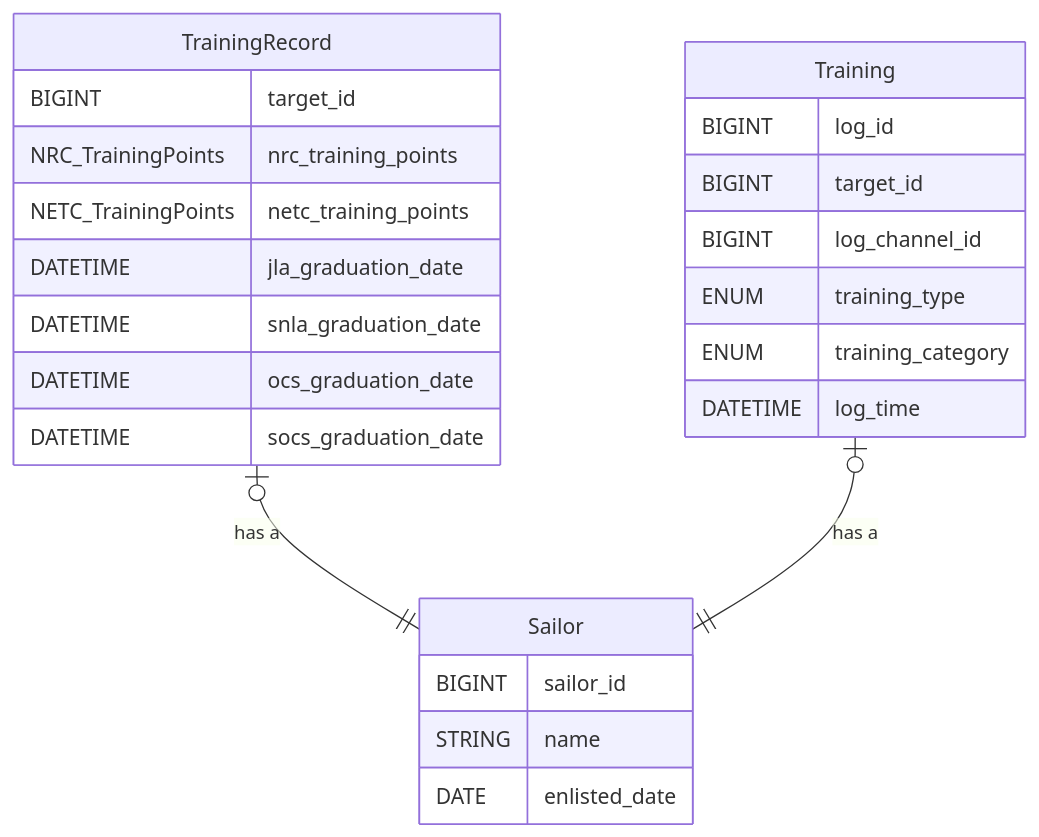
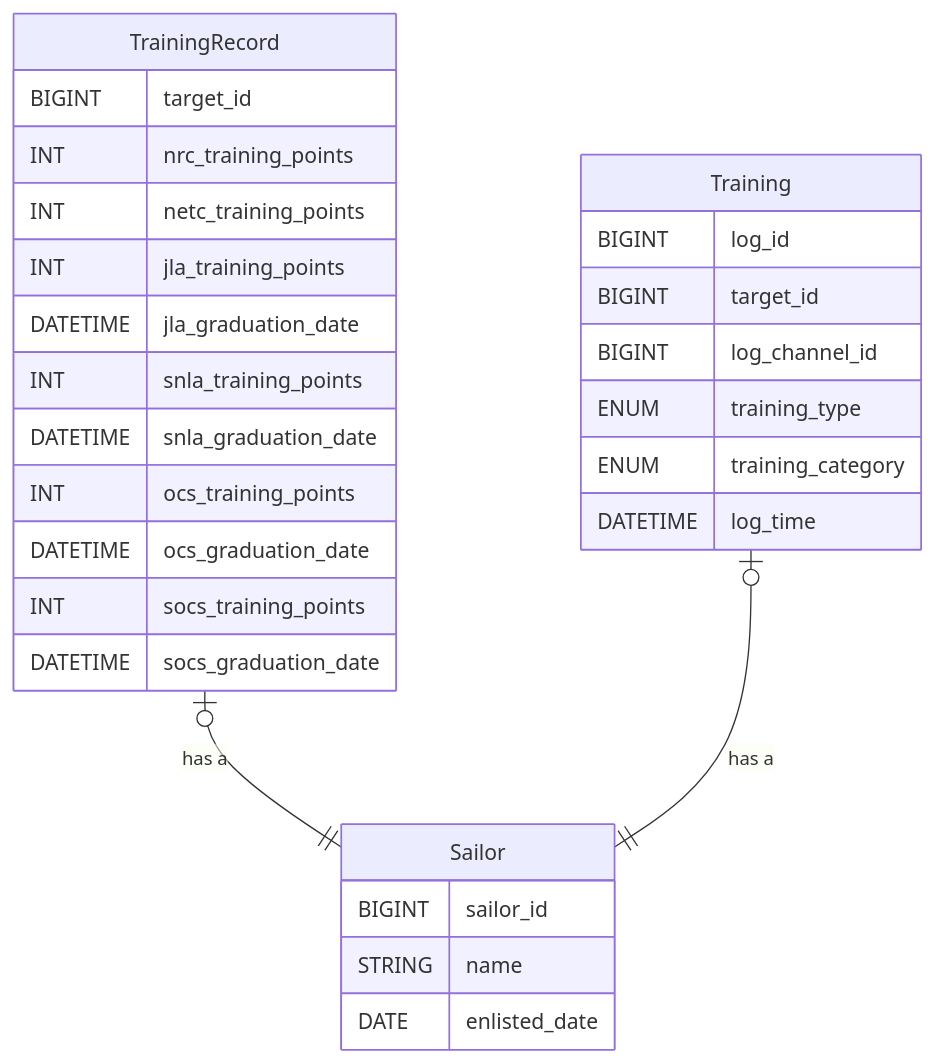
Before and after one commit to USNofSOT/Paul: the first of 3 diagrams in docs/training.md, drawn with Mermaid. The commit also changed other lines of this file and 2 other files, not shown here.

````diff
--- a/docs/training.md
+++ b/docs/training.md
@@ -61,30 +69,34 @@
 ```mermaid
 erDiagram
     TrainingRecord {
         BIGINT target_id
-        NRC_TrainingPoints nrc_training_points
-        NETC_TrainingPoints netc_training_points
+        INT nrc_training_points
+        INT netc_training_points
+        INT jla_training_points
         DATETIME jla_graduation_date
+        INT snla_training_points
         DATETIME snla_graduation_date
+        INT ocs_training_points
         DATETIME ocs_graduation_date
+        INT socs_training_points
         DATETIME socs_graduation_date
     }
     
     Training {
         BIGINT log_id
         BIGINT target_id
         BIGINT log_channel_id
         ENUM training_type
         ENUM training_category
         DATETIME log_time
     }
 
     Sailor {
         BIGINT sailor_id
         STRING name
         DATE enlisted_date
     }
     
     TrainingRecord o|--|| Sailor : "has a"
     Training o|--|| Sailor : "has a"
 ```
````
